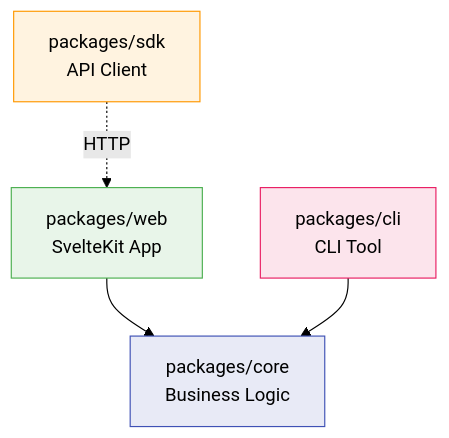
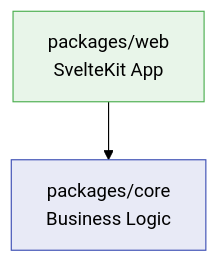
Before and after one commit to rknightion/paperless-ngx-dedupe: the diagram in docs/development.md, drawn with Mermaid (forest theme). The commit also changed other lines of this file, not shown here.

````diff
--- a/docs/development.md
+++ b/docs/development.md
@@ -76,10 +68,6 @@
 ```mermaid
 graph TD
     Web["packages/web<br/>SvelteKit App"] --> Core["packages/core<br/>Business Logic"]
-    CLI["packages/cli<br/>CLI Tool"] --> Core
-    SDK["packages/sdk<br/>API Client"] -.->|"HTTP"| Web
     style Core fill:#e8eaf6,stroke:#3f51b5
     style Web fill:#e8f5e9,stroke:#4caf50
-    style SDK fill:#fff3e0,stroke:#ff9800
-    style CLI fill:#fce4ec,stroke:#e91e63
 ```
````
